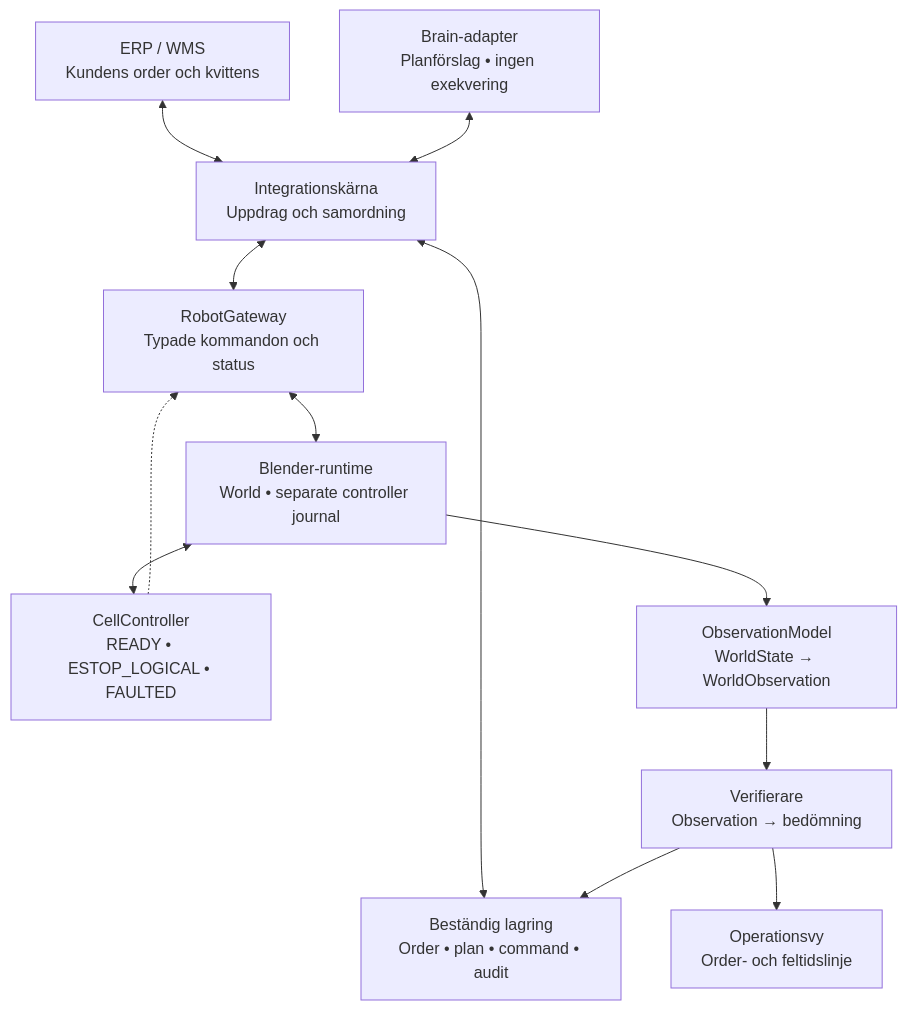
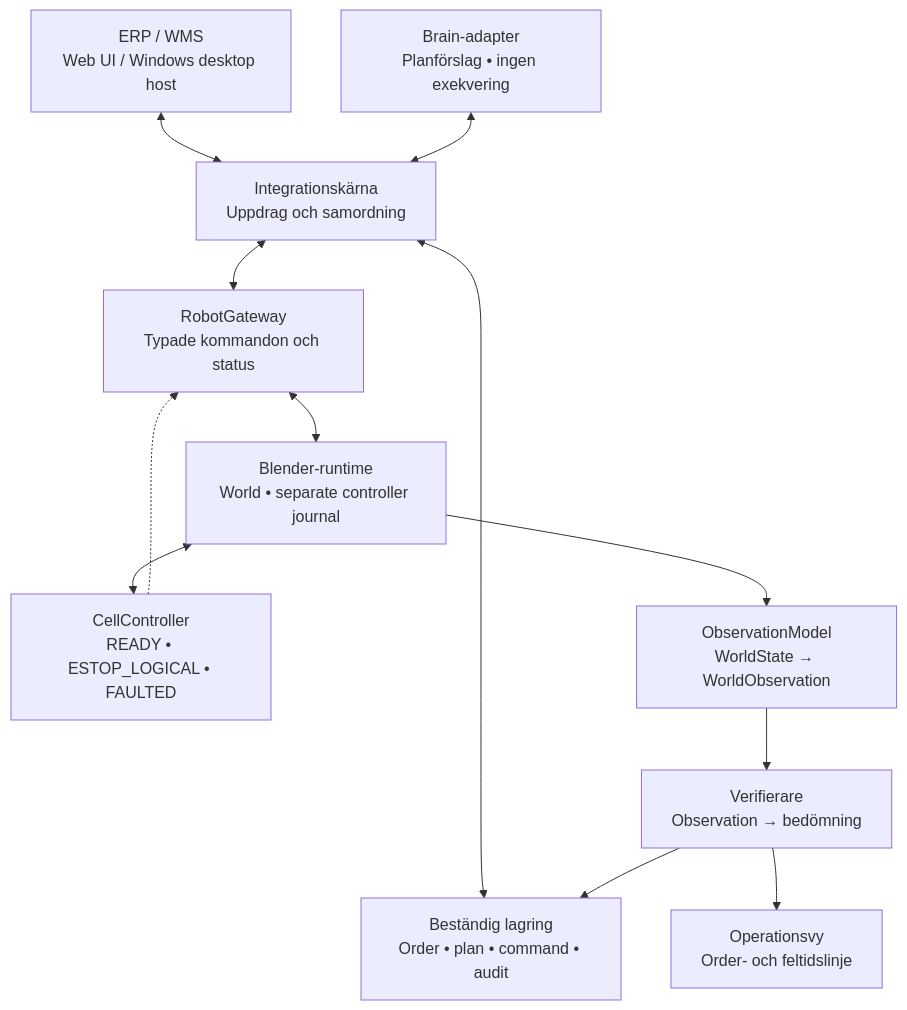
One commit to raal1600/SICS-RobotOps-Twin-E2E-Warehouse-Robotics-Integration-Simulator changed the diagram in sources/diagrams/architecture.mmd. Above: the diagram before and after it, drawn with Mermaid. The commit also changed 15 other files, not shown here.

```diff
--- a/sources/diagrams/architecture.mmd
+++ b/sources/diagrams/architecture.mmd
@@ -1,22 +1,22 @@
 flowchart TD
-  erp["ERP / WMS<br/>Kundens order och kvittens"]
+  erp["ERP / WMS<br/>Web UI / Windows desktop host"]
   core["Integrationskärna<br/>Uppdrag och samordning"]
   gateway["RobotGateway<br/>Typade kommandon och status"]
   brain["Brain-adapter<br/>Planförslag • ingen exekvering"]
   db["Beständig lagring<br/>Order • plan • command • audit"]
   world["Blender-runtime<br/>World • separate controller journal"]
   monitor["Operationsvy<br/>Order- och feltidslinje"]
   verify["Verifierare<br/>Observation → bedömning"]
   cell["CellController<br/>READY • ESTOP_LOGICAL • FAULTED"]
   observation["ObservationModel<br/>WorldState → WorldObservation"]
   erp <--> core
   core <--> gateway
   core <--> db
   gateway <--> world
   world <--> cell
   verify --> db
   verify --> monitor
   brain <--> core
   cell -.-> gateway
   world --> observation
   observation --> verify
```
